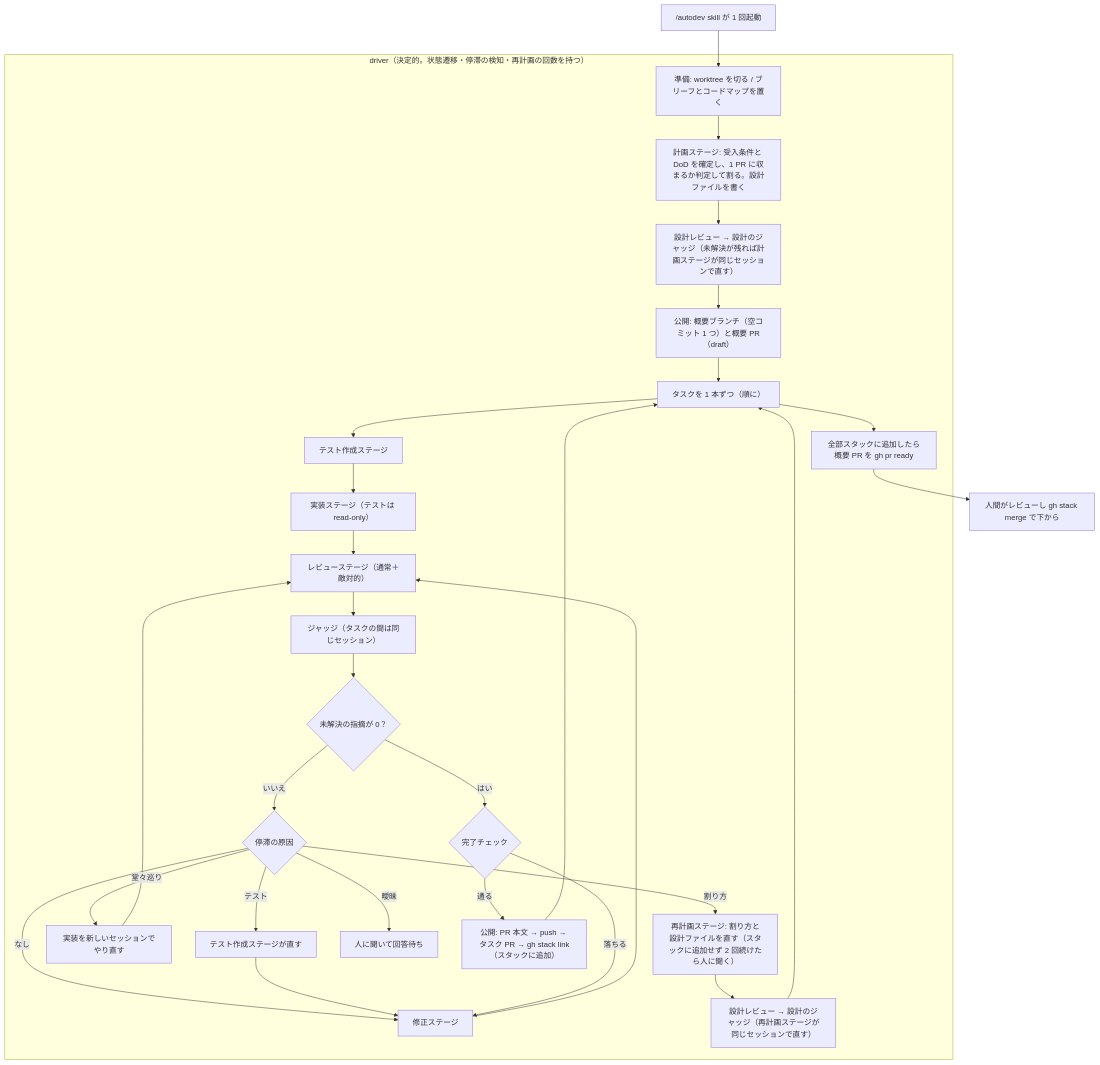
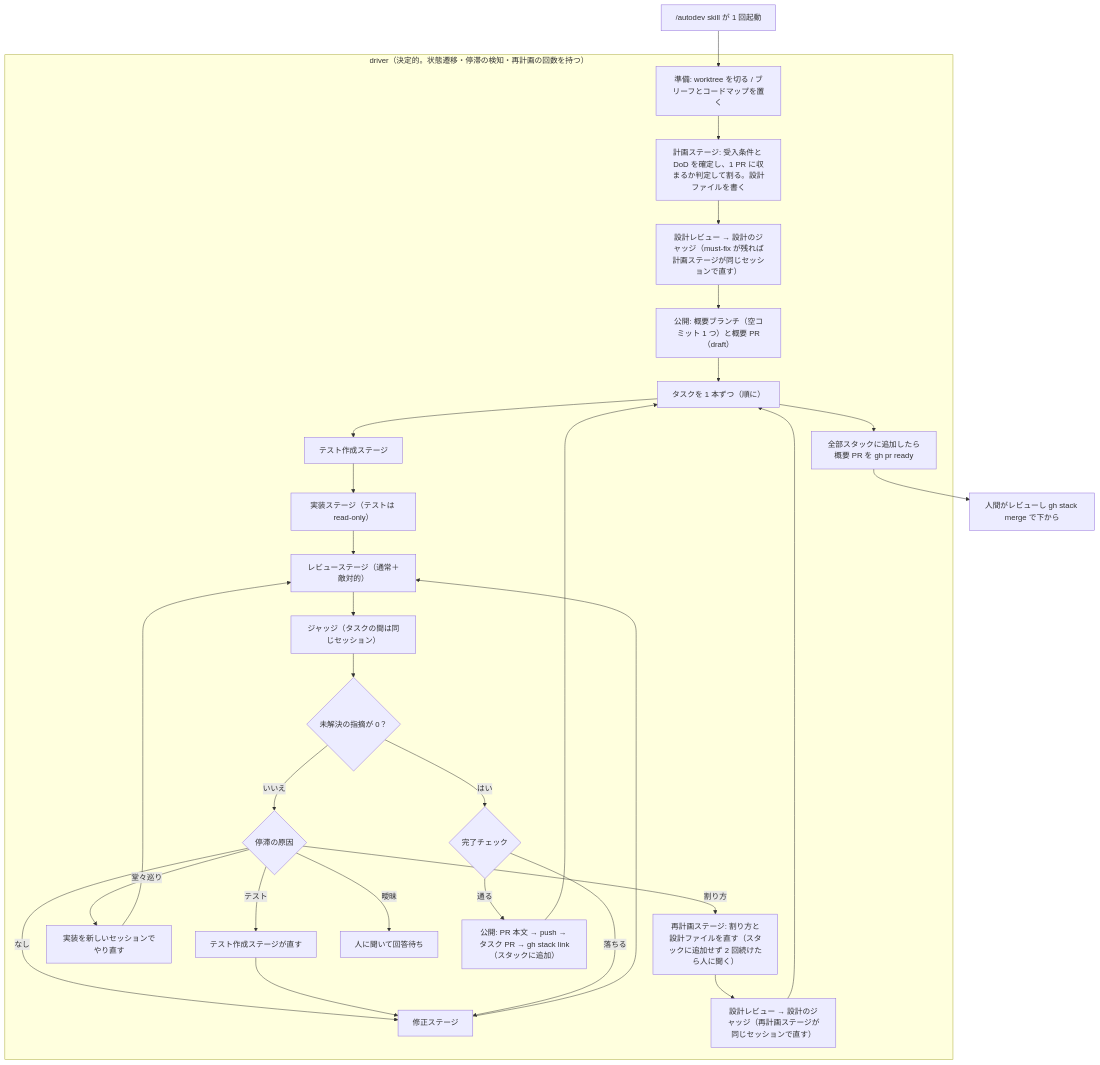
One commit to Luna-rab/dotfiles changed the diagram in dist/dot-claude/skills/autodev/DESIGN.md. Above: the diagram before and after it, drawn with Mermaid. The commit also changed other lines of this file and 11 other files, not shown here.

````diff
--- a/dist/dot-claude/skills/autodev/DESIGN.md
+++ b/dist/dot-claude/skills/autodev/DESIGN.md
@@ -78,27 +81,27 @@
 ```mermaid
 flowchart TD
     start["/autodev skill が 1 回起動"] --> pre
     subgraph driver["driver（決定的。状態遷移・停滞の検知・再計画の回数を持つ）"]
         pre["準備: worktree を切る / ブリーフとコードマップを置く"] --> plan
         plan["計画ステージ: 受入条件と DoD を確定し、1 PR に収まるか判定して割る。設計ファイルを書く"] --> dr
-        dr["設計レビュー → 設計のジャッジ（未解決が残れば計画ステージが同じセッションで直す）"] --> base
+        dr["設計レビュー → 設計のジャッジ（must-fix が残れば計画ステージが同じセッションで直す）"] --> base
         base["公開: 概要ブランチ（空コミット 1 つ）と概要 PR（draft）"] --> loop
         loop["タスクを 1 本ずつ（順に）"] --> tg
         tg["テスト作成ステージ"] --> impl
         impl["実装ステージ（テストは read-only）"] --> rv
         rv["レビューステージ（通常＋敵対的）"] --> jd
         jd["ジャッジ（タスクの間は同じセッション）"] --> decide{"未解決の指摘が 0？"}
         decide -->|いいえ| route{"停滞の原因"}
         route -->|なし| fix["修正ステージ"] --> rv
         route -->|テスト| tg2["テスト作成ステージが直す"] --> fix
         route -->|堂々巡り| redo["実装を新しいセッションでやり直す"] --> rv
         route -->|割り方| replan["再計画ステージ: 割り方と設計ファイルを直す（スタックに追加せず 2 回続けたら人に聞く）"] --> dr2
         dr2["設計レビュー → 設計のジャッジ（再計画ステージが同じセッションで直す）"] --> loop
         route -->|曖昧| ask["人に聞いて回答待ち"]
         decide -->|はい| gateq{"完了チェック"}
         gateq -->|通る| post["公開: PR 本文 → push → タスク PR → gh stack link（スタックに追加）"] --> loop
         gateq -->|落ちる| fix
         loop --> done["全部スタックに追加したら概要 PR を gh pr ready"]
     end
     done --> human["人間がレビューし gh stack merge で下から"]
 ```
````
